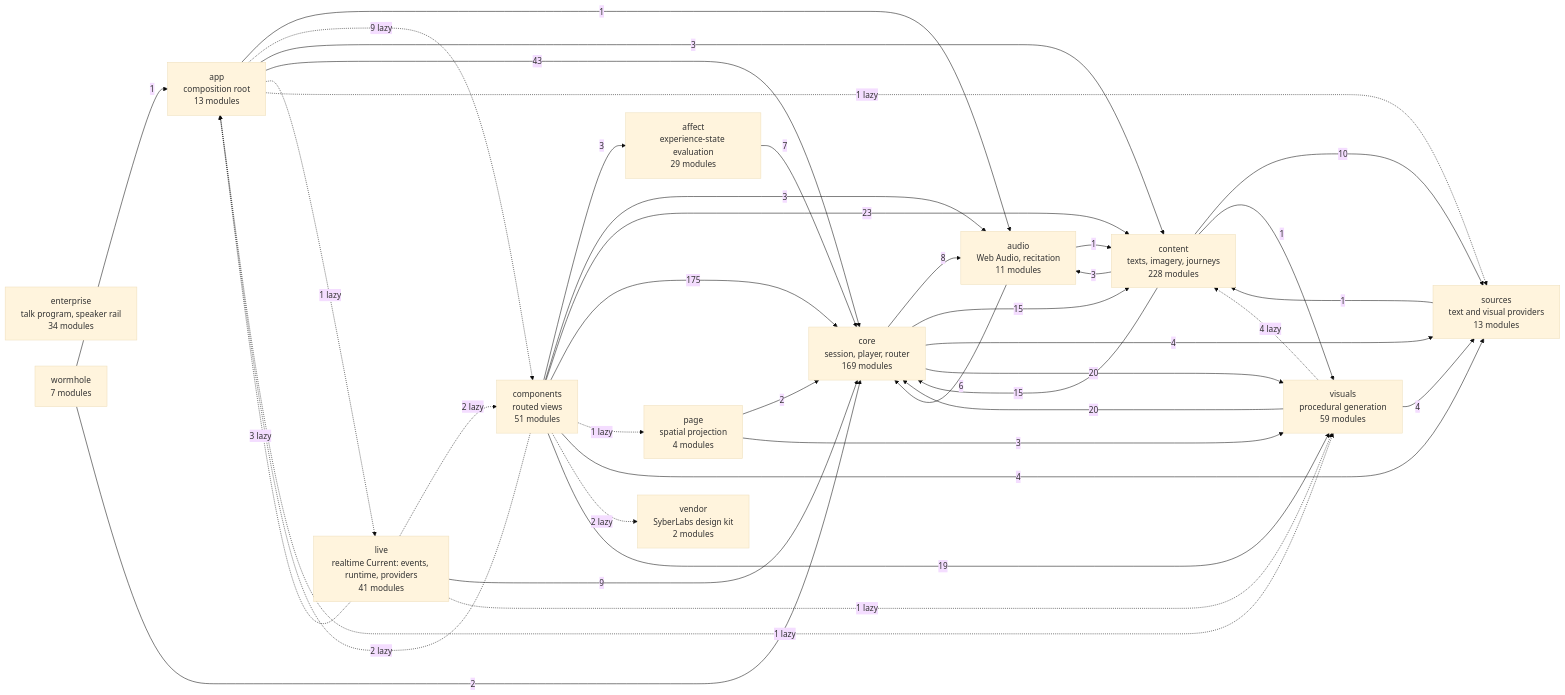
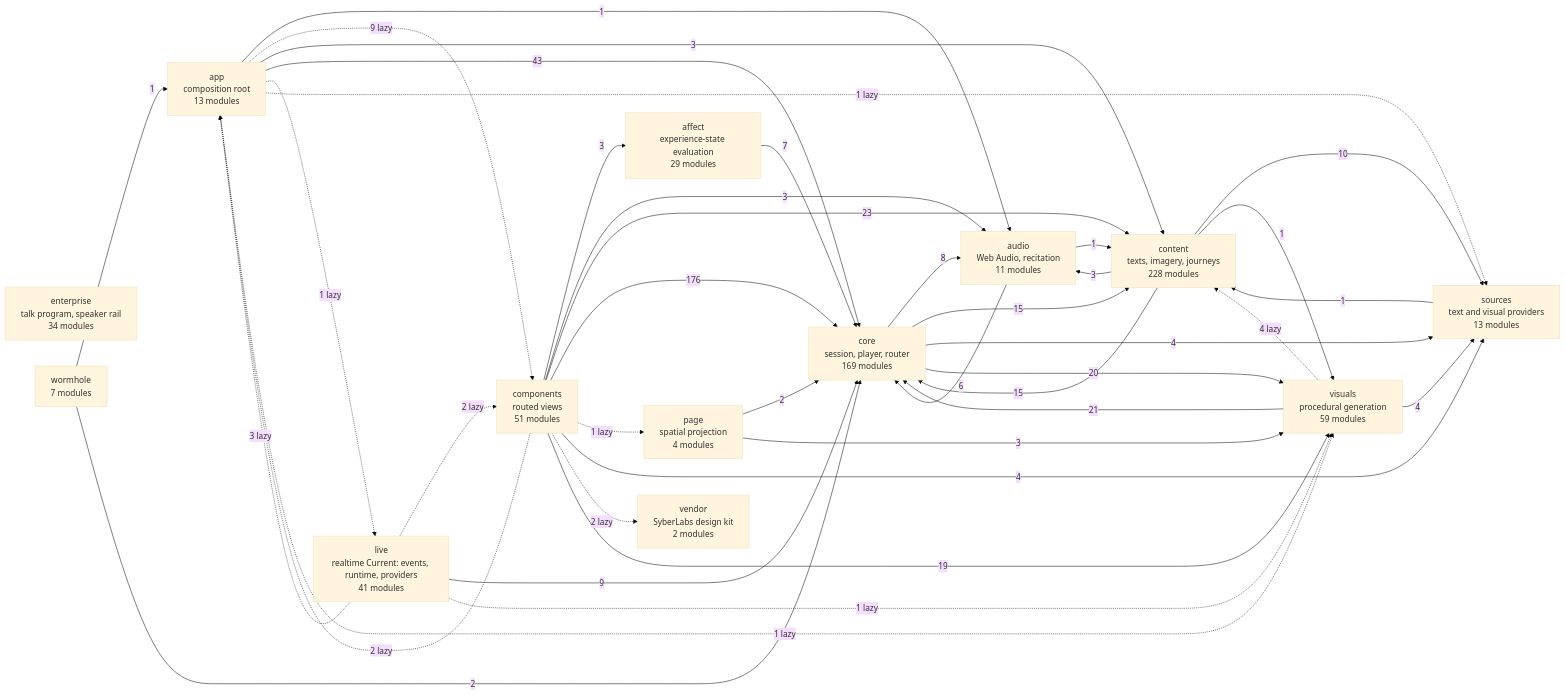
Before and after one commit to SyberLabs/RISE: the diagram in docs/specs/ARCHITECTURE.md, drawn with Mermaid (base theme).

Commit message:
Regenerate the architecture diagram for the registry imports

````diff
--- a/docs/specs/ARCHITECTURE.md
+++ b/docs/specs/ARCHITECTURE.md
@@ -154,56 +154,56 @@
 ```mermaid
 flowchart LR
     affect["affect<br/>experience-state evaluation<br/>29 modules"]
     app["app<br/>composition root<br/>13 modules"]
     audio["audio<br/>Web Audio, recitation<br/>11 modules"]
     components["components<br/>routed views<br/>51 modules"]
     content["content<br/>texts, imagery, journeys<br/>228 modules"]
     core["core<br/>session, player, router<br/>169 modules"]
     enterprise["enterprise<br/>talk program, speaker rail<br/>34 modules"]
     live["live<br/>realtime Current: events, runtime, providers<br/>41 modules"]
     page["page<br/>spatial projection<br/>4 modules"]
     sources["sources<br/>text and visual providers<br/>13 modules"]
     vendor["vendor<br/>SyberLabs design kit<br/>2 modules"]
     visuals["visuals<br/>procedural generation<br/>59 modules"]
     wormhole["wormhole<br/>7 modules"]
 
     affect --> |7| core
     app --> |1| audio
     app -.-> |9 lazy| components
     app --> |3| content
     app --> |43| core
     app -.-> |1 lazy| live
     app -.-> |1 lazy| sources
     app -.-> |1 lazy| visuals
     audio --> |1| content
     audio --> |6| core
     components --> |3| affect
     components -.-> |2 lazy| app
     components --> |3| audio
     components --> |23| content
-    components --> |175| core
+    components --> |176| core
     components -.-> |1 lazy| page
     components --> |4| sources
     components -.-> |2 lazy| vendor
     components --> |19| visuals
     content --> |3| audio
     content --> |15| core
     content --> |10| sources
     content --> |1| visuals
     core --> |8| audio
     core --> |15| content
     core --> |4| sources
     core --> |20| visuals
     live -.-> |3 lazy| app
     live -.-> |2 lazy| components
     live --> |9| core
     live -.-> |1 lazy| visuals
     page --> |2| core
     page --> |3| visuals
     sources --> |1| content
     visuals -.-> |4 lazy| content
-    visuals --> |20| core
+    visuals --> |21| core
     visuals --> |4| sources
     wormhole --> |1| app
     wormhole --> |2| core
 ```
````
